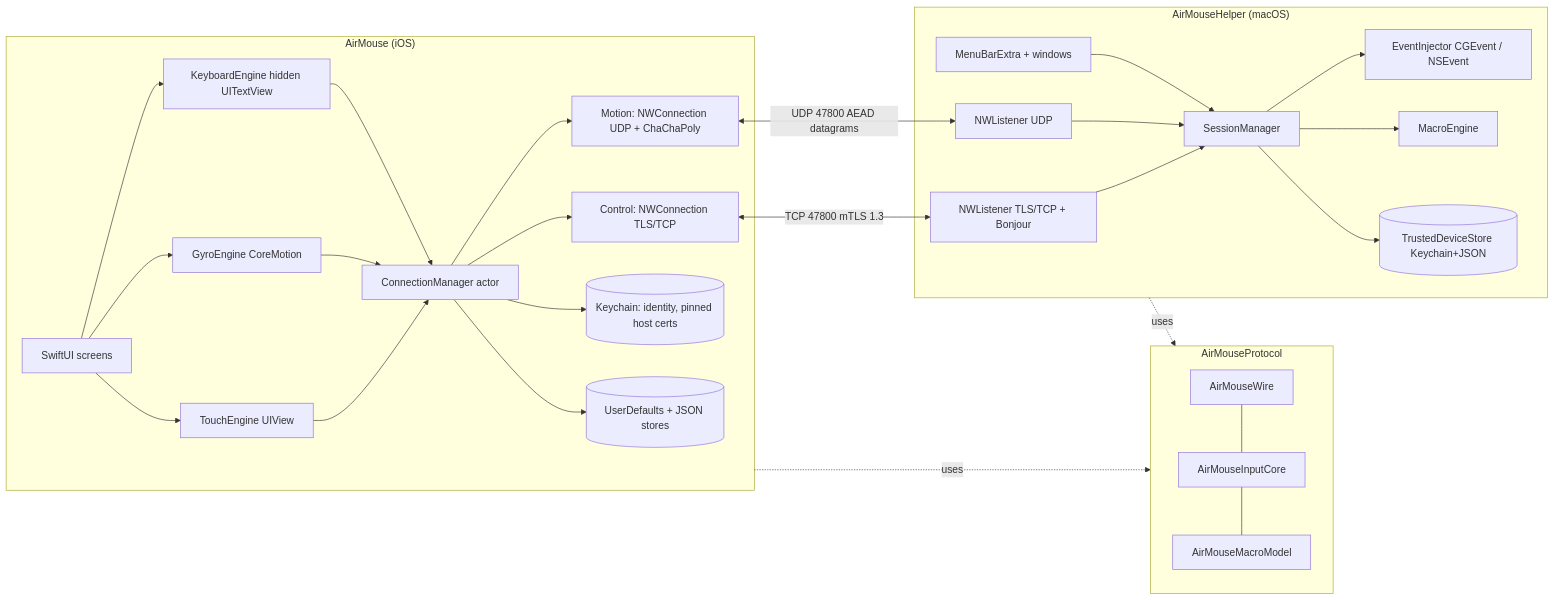
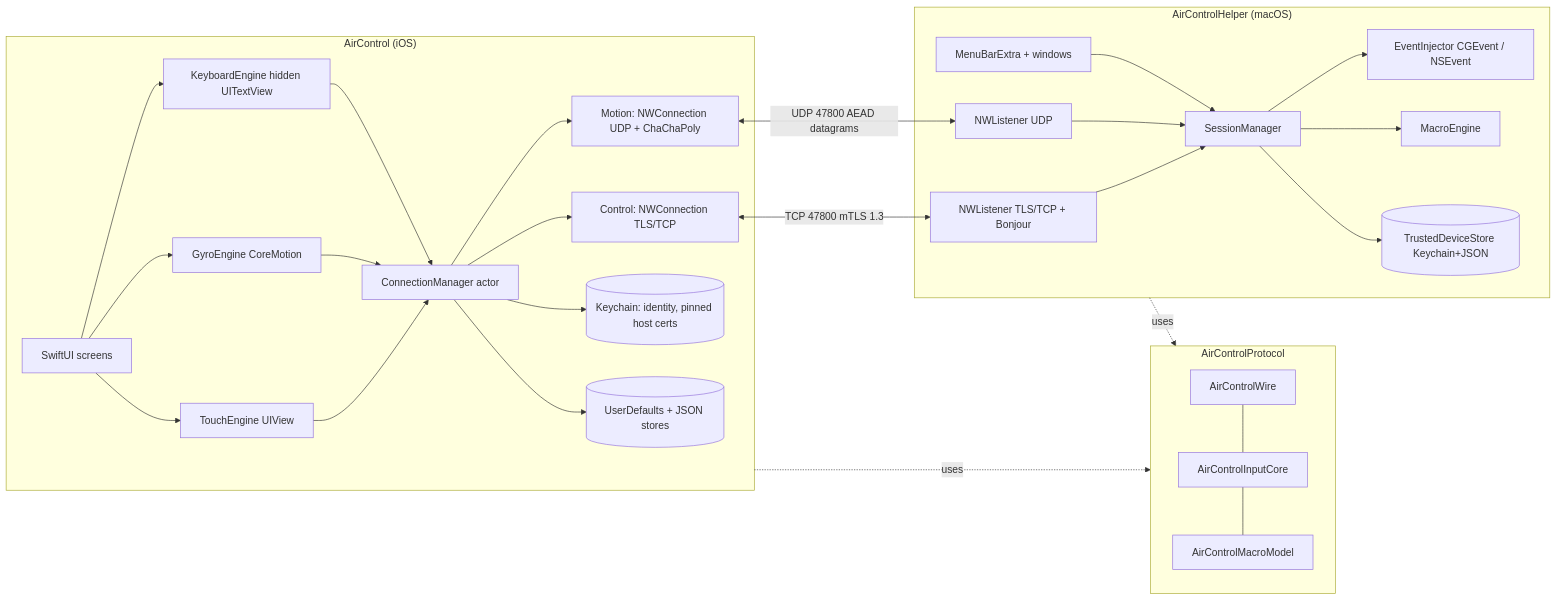
Before and after one commit to devashish2531/air-control: the first of 4 diagrams in docs/03-specifications.md, drawn with Mermaid. The commit also changed other lines of this file and 879 other files, not shown here.

Commit message:
Rename codename Air Mouse → Air Control everywhere: packages/modules/apps/dirs, bundle ids com.aircontrol.*, Bonjour _aircontrol, URL scheme aircontrol, HKDF/exporter labels, AIRCONTROL_* env, docs, site; gyro feature renamed Air Pointer

````diff
--- a/docs/03-specifications.md
+++ b/docs/03-specifications.md
@@ -194,28 +194,28 @@
 ```mermaid
 flowchart LR
-  subgraph iOS["AirMouse (iOS)"]
+  subgraph iOS["AirControl (iOS)"]
     UI[SwiftUI screens] --> TE[TouchEngine UIView]
     UI --> GE[GyroEngine CoreMotion]
     UI --> KE[KeyboardEngine hidden UITextView]
     TE & GE & KE --> CM[ConnectionManager actor]
     CM --> WC[Control: NWConnection TLS/TCP]
     CM --> WU[Motion: NWConnection UDP + ChaChaPoly]
     CM --> KS[(Keychain: identity, pinned host certs)]
     CM --> ST[(UserDefaults + JSON stores)]
   end
-  subgraph Pkg["AirMouseProtocol"]
-    W[AirMouseWire] --- IC[AirMouseInputCore] --- MM[AirMouseMacroModel]
+  subgraph Pkg["AirControlProtocol"]
+    W[AirControlWire] --- IC[AirControlInputCore] --- MM[AirControlMacroModel]
   end
-  subgraph Mac["AirMouseHelper (macOS)"]
+  subgraph Mac["AirControlHelper (macOS)"]
     L1[NWListener TLS/TCP + Bonjour] --> SM[SessionManager]
     L2[NWListener UDP] --> SM
     SM --> INJ[EventInjector CGEvent / NSEvent]
     SM --> MX[MacroEngine]
     SM --> TDS[(TrustedDeviceStore Keychain+JSON)]
     MB[MenuBarExtra + windows] --> SM
   end
   WC <-- "TCP 47800 mTLS 1.3" --> L1
   WU <-- "UDP 47800 AEAD datagrams" --> L2
   iOS -. uses .-> Pkg
   Mac -. uses .-> Pkg
 ```
````
